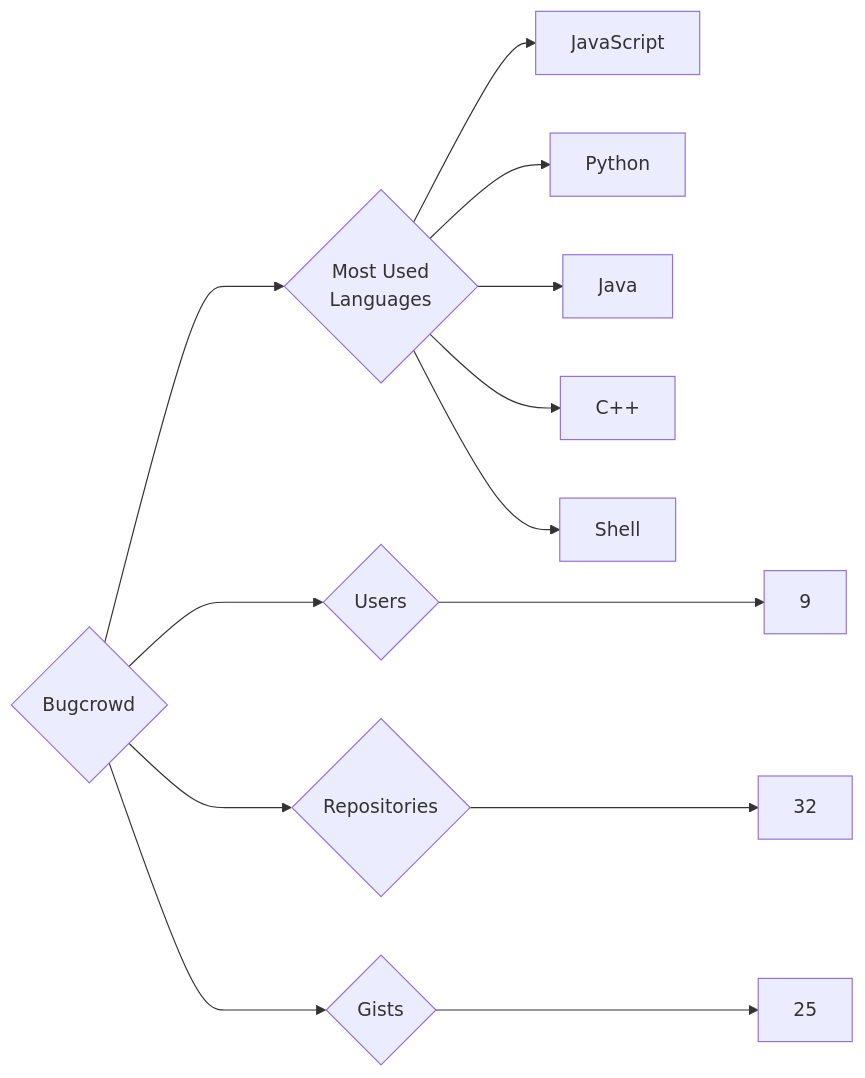
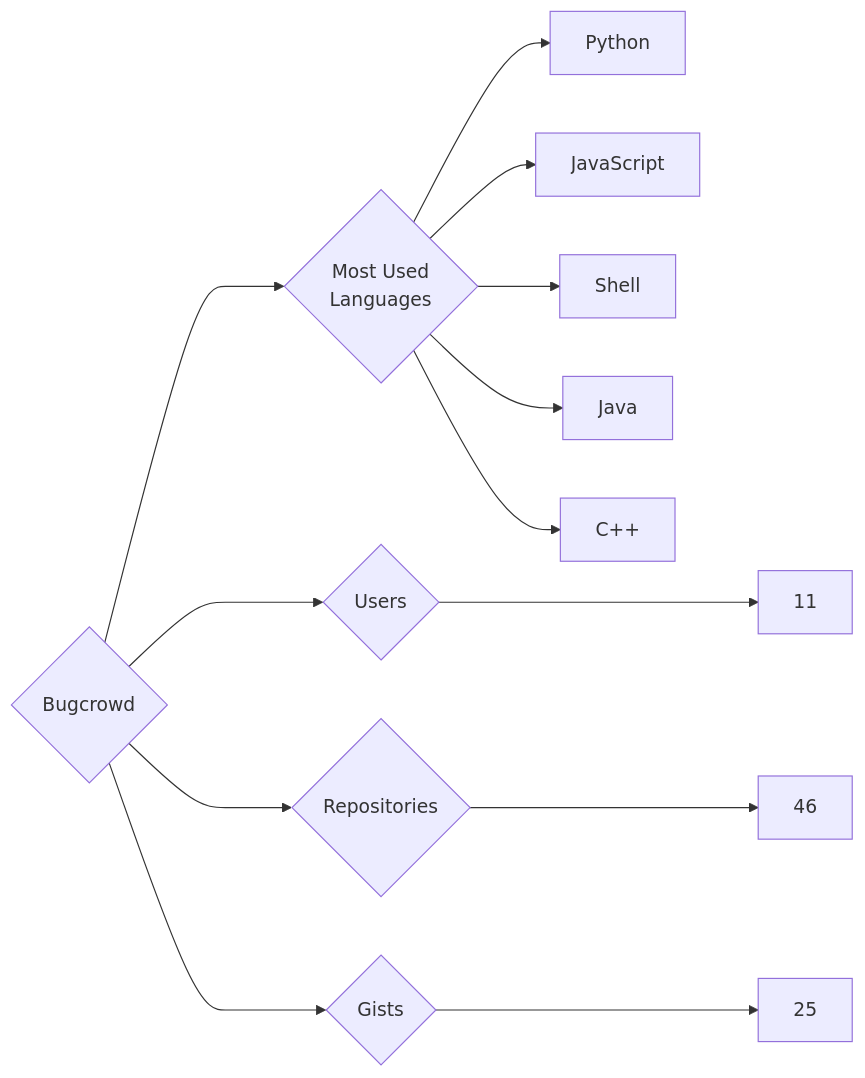
One commit to trickest/insiders changed the diagram in targets/Bugcrowd/README.md. Above: the diagram before and after it, drawn with Mermaid. The commit also changed 1149 other files, not shown here.

````diff
--- a/targets/Bugcrowd/README.md
+++ b/targets/Bugcrowd/README.md
@@ -3,13 +3,13 @@
 ```mermaid
 graph LR
 COMPANY_NAME{Bugcrowd}
-COMPANY_NAME ---> U{Users} ---> UN[9]
-COMPANY_NAME ---> R{Repositories} ---> RN[32]
+COMPANY_NAME ---> U{Users} ---> UN[11]
+COMPANY_NAME ---> R{Repositories} ---> RN[46]
 COMPANY_NAME ---> G{Gists} ---> GN[25]
 COMPANY_NAME ---> ML{Most Used<br>Languages}
+ML --> Python[Python]
 ML --> JavaScript[JavaScript]
-ML --> Python[Python]
+ML --> Shell[Shell]
 ML --> Java[Java]
 ML --> C++[C++]
-ML --> Shell[Shell]
 ```
````
